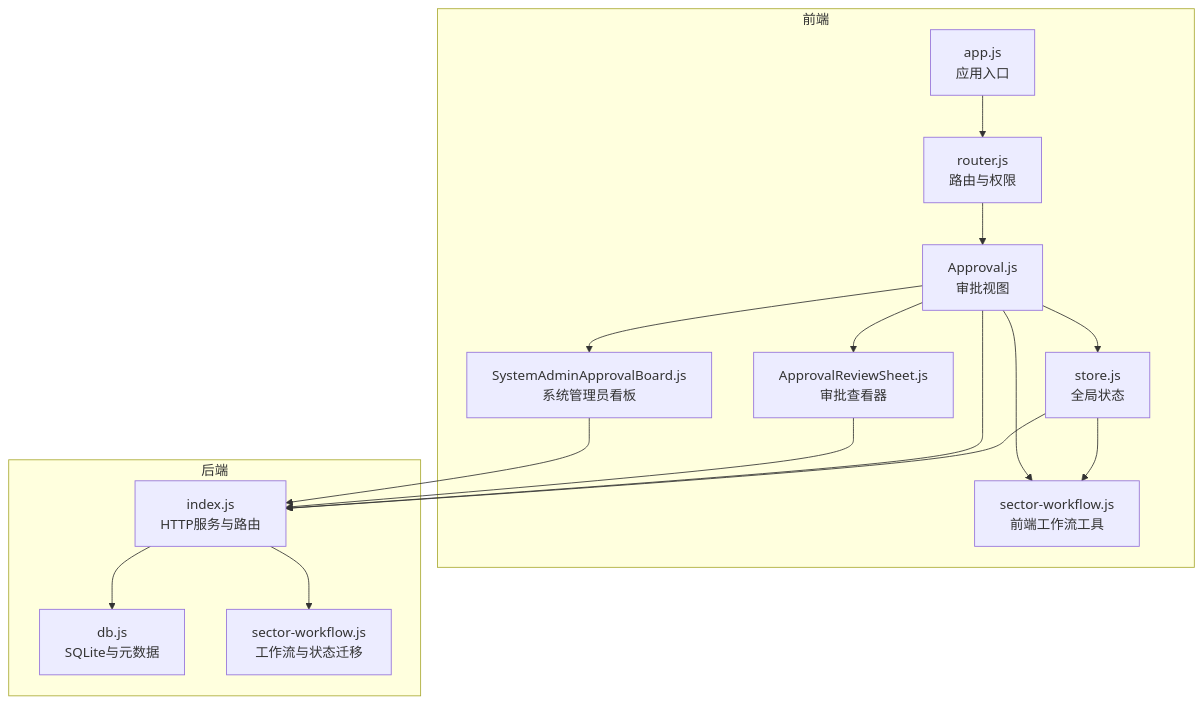
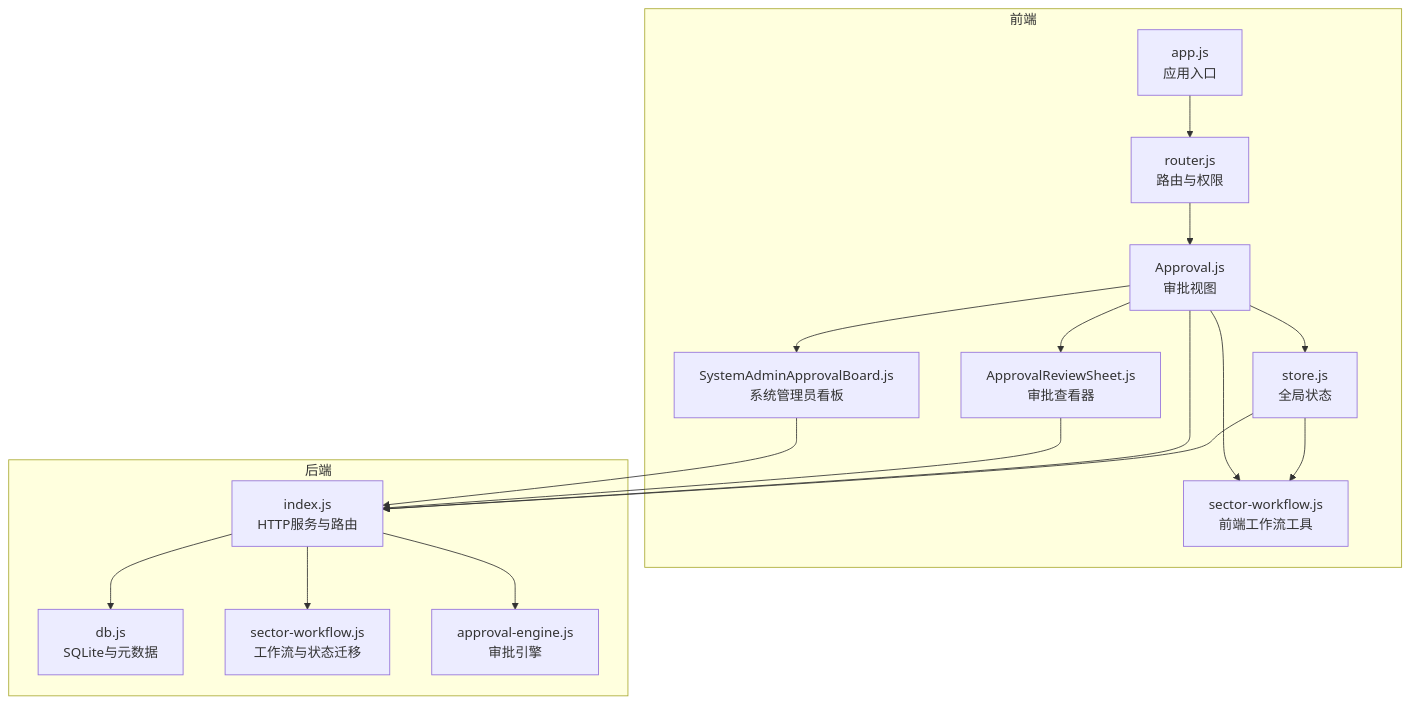
One commit to marcelxu0272/202605_project-tracking-table changed the first of 7 diagrams in .qoder/repowiki/zh/content/核心业务模块/审批工作流系统.md. Above: the diagram before and after it, drawn with Mermaid. The commit also changed other lines of this file and 15 other files, not shown here.

````diff
--- a/.qoder/repowiki/zh/content/核心业务模块/审批工作流系统.md
+++ b/.qoder/repowiki/zh/content/核心业务模块/审批工作流系统.md
@@ -47,30 +51,32 @@
 ```mermaid
 graph TB
 subgraph "前端"
 A_App["app.js<br/>应用入口"]
 A_Router["router.js<br/>路由与权限"]
 A_Store["store.js<br/>全局状态"]
 A_View["Approval.js<br/>审批视图"]
 A_Review["ApprovalReviewSheet.js<br/>审批查看器"]
 A_AdminBoard["SystemAdminApprovalBoard.js<br/>系统管理员看板"]
 A_SectorWF["sector-workflow.js<br/>前端工作流工具"]
 end
 subgraph "后端"
 B_Index["index.js<br/>HTTP服务与路由"]
 B_DB["db.js<br/>SQLite与元数据"]
 B_SectorWF["sector-workflow.js<br/>工作流与状态迁移"]
+B_ApprovalEngine["approval-engine.js<br/>审批引擎"]
 end
 A_App --> A_Router
 A_Router --> A_View
 A_View --> A_Store
 A_View --> A_Review
 A_View --> A_AdminBoard
 A_Store --> A_SectorWF
 A_View --> A_SectorWF
 A_Store --> B_Index
 A_View --> B_Index
 A_Review --> B_Index
 A_AdminBoard --> B_Index
 B_Index --> B_DB
 B_Index --> B_SectorWF
+B_Index --> B_ApprovalEngine
 ```
````
